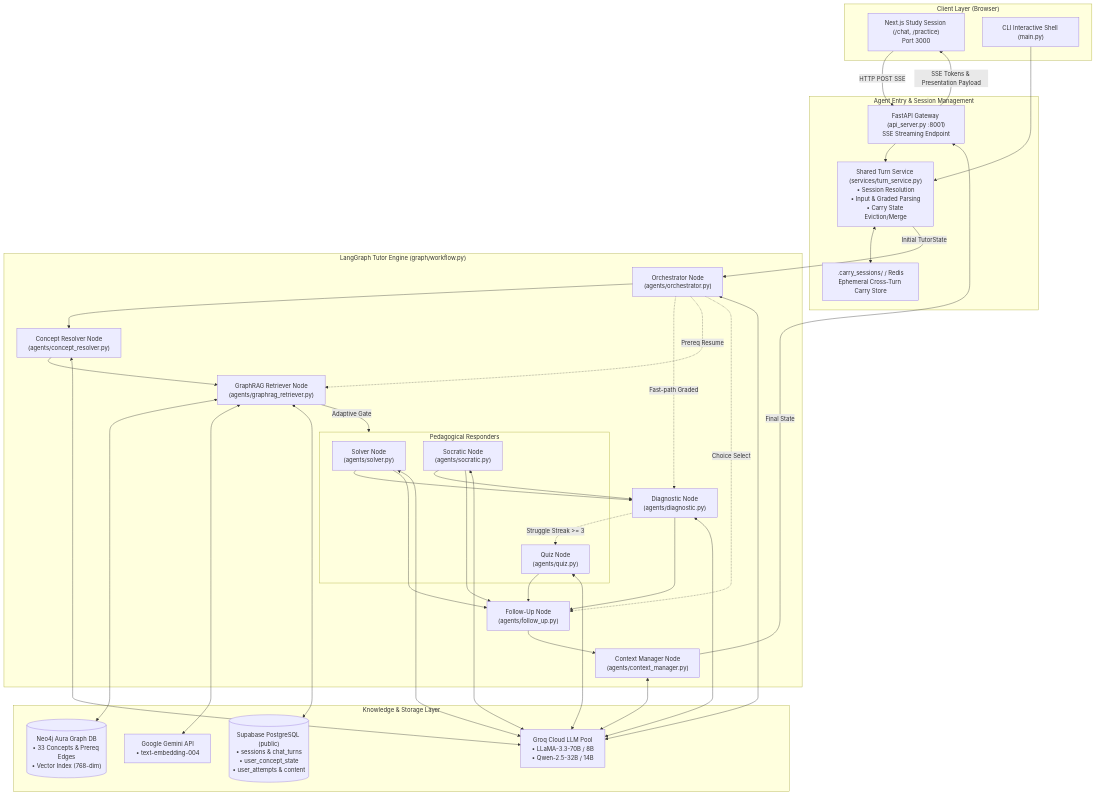
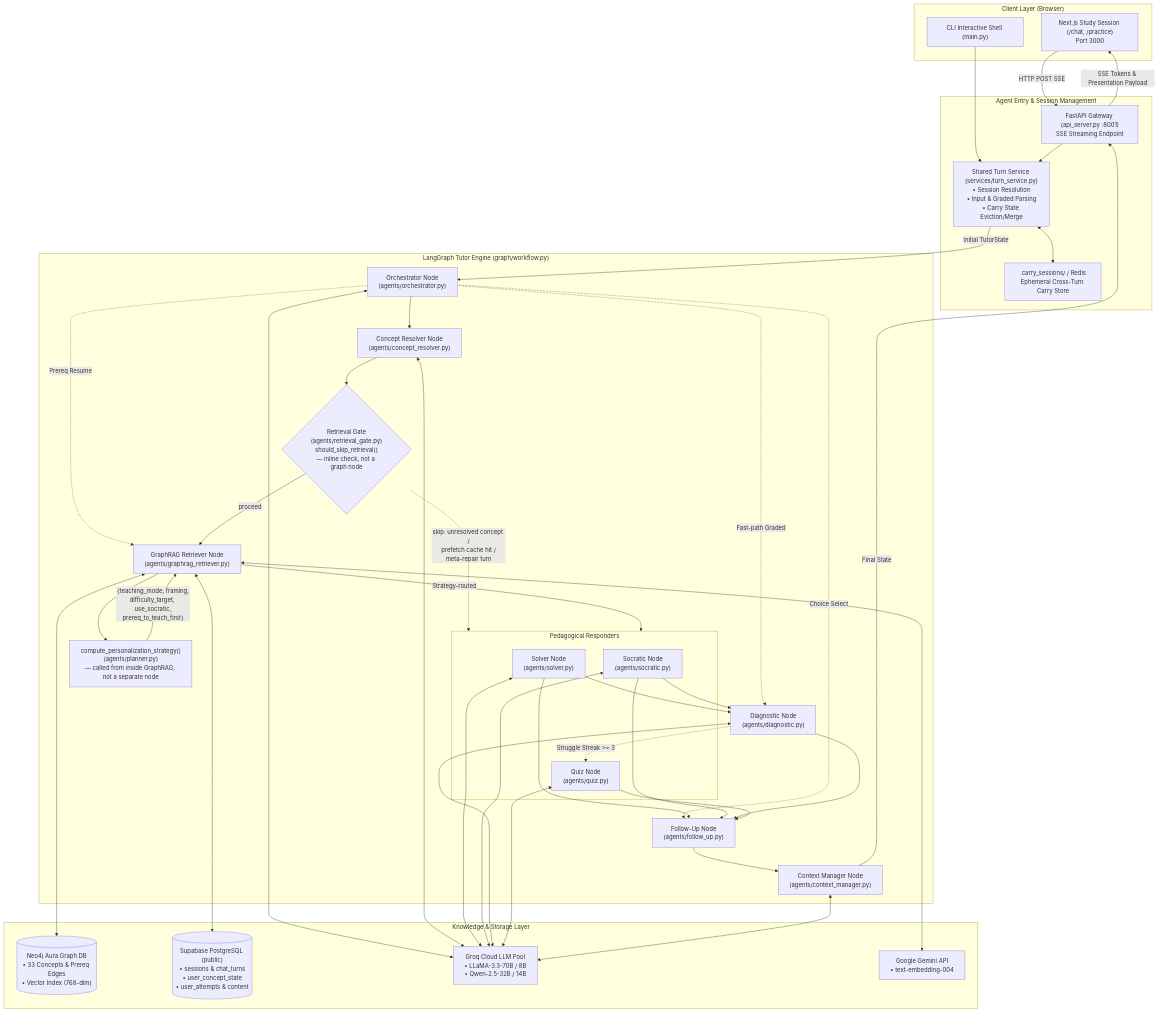
The first of 9 diagrams in README.md (KodeinKGP-Technology-Web-3-0-Society/Aeropt-Agent), drawn with Mermaid before and after one commit. The commit also changed other lines of this file, not shown here.

````diff
--- a/README.md
+++ b/README.md
@@ -29,66 +33,72 @@
 ```mermaid
 flowchart TB
     subgraph Client["Client Layer (Browser)"]
         UI["Next.js Study Session (/chat, /practice)<br/>Port 3000"]
         CLI["CLI Interactive Shell (main.py)"]
     end
 
     subgraph Gateway["Agent Entry & Session Management"]
         API["FastAPI Gateway (api_server.py :8001)<br/>SSE Streaming Endpoint"]
         TURN["Shared Turn Service (services/turn_service.py)<br/>• Session Resolution<br/>• Input & Graded Parsing<br/>• Carry State Eviction/Merge"]
         CARRY[".carry_sessions/ / Redis<br/>Ephemeral Cross-Turn Carry Store"]
     end
 
     subgraph Pipeline["LangGraph Tutor Engine (graph/workflow.py)"]
         ORCH["Orchestrator Node<br/>(agents/orchestrator.py)"]
         CR["Concept Resolver Node<br/>(agents/concept_resolver.py)"]
+        GATE{"Retrieval Gate<br/>(agents/retrieval_gate.py)<br/>should_skip_retrieval()<br/>— inline check, not a graph node"}
         GR["GraphRAG Retriever Node<br/>(agents/graphrag_retriever.py)"]
-        
+        PLAN["compute_personalization_strategy()<br/>(agents/planner.py)<br/>— called from inside GraphRAG, not a separate node"]
+
         subgraph Responders["Pedagogical Responders"]
             SOL["Solver Node<br/>(agents/solver.py)"]
             SOC["Socratic Node<br/>(agents/socratic.py)"]
             QUIZ["Quiz Node<br/>(agents/quiz.py)"]
         end
 
         DIAG["Diagnostic Node<br/>(agents/diagnostic.py)"]
         FU["Follow-Up Node<br/>(agents/follow_up.py)"]
         CM["Context Manager Node<br/>(agents/context_manager.py)"]
     end
 
     subgraph External["Knowledge & Storage Layer"]
         NEO4J[("Neo4j Aura Graph DB<br/>• 33 Concepts & Prereq Edges<br/>• Vector Index (768-dim)")]
         SUPA[("Supabase PostgreSQL (public)<br/>• sessions & chat_turns<br/>• user_concept_state<br/>• user_attempts & content")]
         GROQ["Groq Cloud LLM Pool<br/>• LLaMA-3.3-70B / 8B<br/>• Qwen-2.5-32B / 14B"]
         GEMINI["Google Gemini API<br/>• text-embedding-004"]
     end
 
     UI -->|HTTP POST SSE| API
     CLI --> TURN
     API --> TURN
     TURN <--> CARRY
     TURN -->|Initial TutorState| ORCH
 
     ORCH --> CR
     ORCH -.->|Fast-path Graded| DIAG
     ORCH -.->|Prereq Resume| GR
     ORCH -.->|Choice Select| FU
 
-    CR --> GR
+    CR --> GATE
+    GATE -.->|"skip: unresolved concept /<br/>prefetch cache hit /<br/>meta-repair turn"| Responders
+    GATE -->|proceed| GR
     GR <--> NEO4J
     GR <--> GEMINI
     GR <--> SUPA
+    GR --> PLAN
+    PLAN -->|"{teaching_mode, framing,<br/>difficulty_target, use_socratic,<br/>prereq_to_teach_first}"| GR
 
-    GR -->|Adaptive Gate| Responders
+    GR -->|Strategy-routed| Responders
     SOL --> DIAG
     SOL --> FU
     SOC --> DIAG
     SOC --> FU
     DIAG --> FU
     DIAG -.->|Struggle Streak >= 3| QUIZ
     QUIZ --> FU
     FU --> CM
     CM -->|Final State| API
 
     ORCH & CR & SOL & SOC & DIAG & QUIZ & CM <--> GROQ
     API -->|SSE Tokens & Presentation Payload| UI
 ```
````
